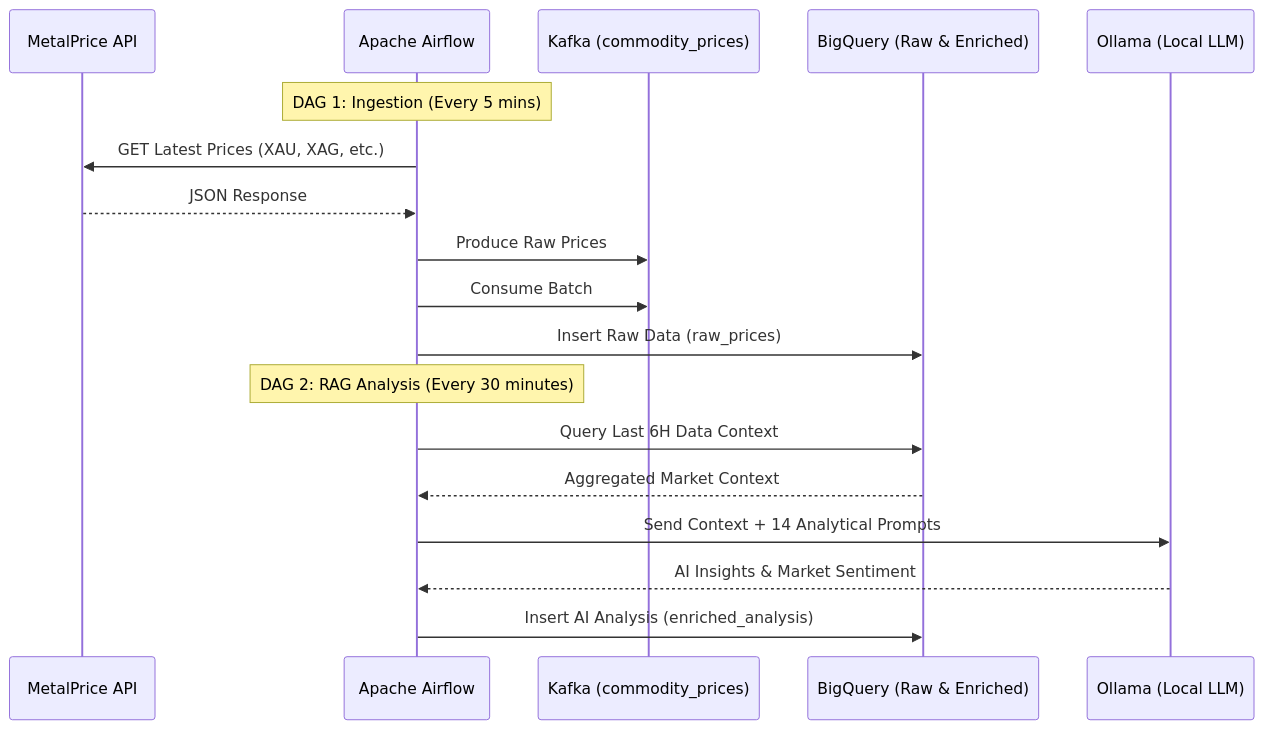
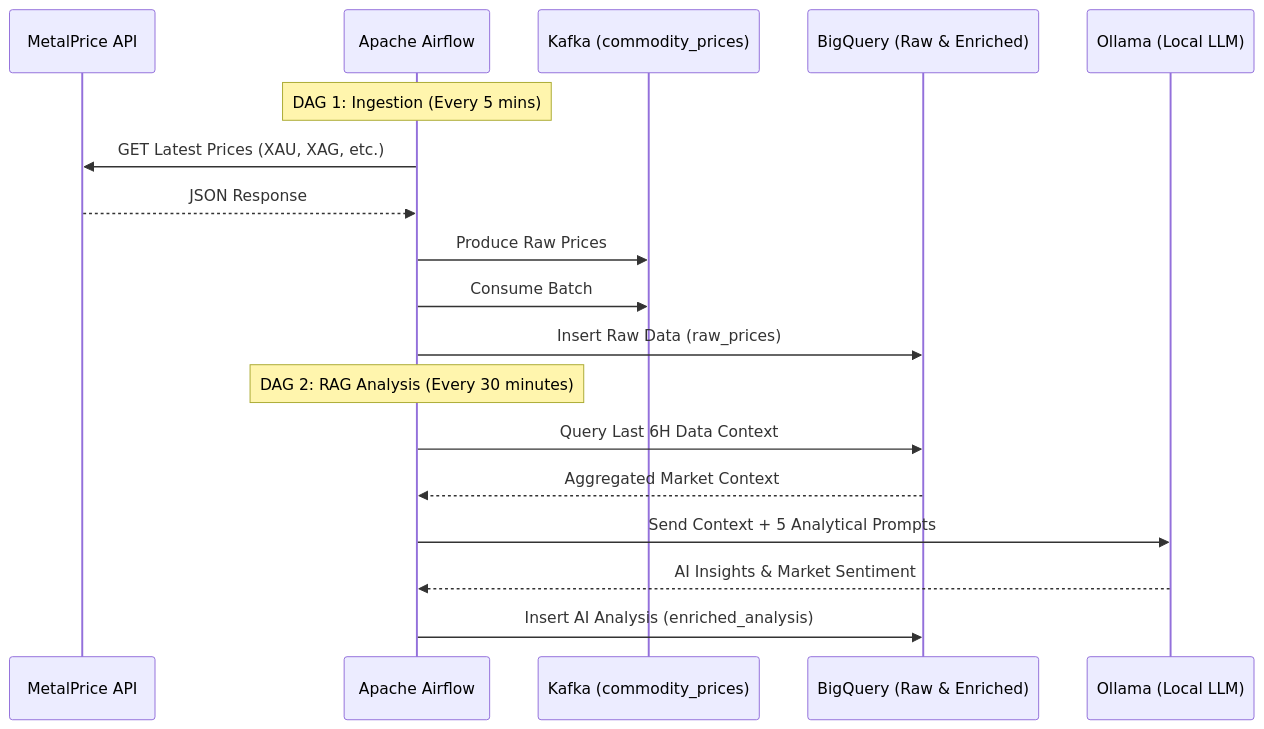
Before and after one commit to wiktorbielski/precious-metals-rag-airflow-pipeline: the diagram in README.md, drawn with Mermaid. The commit also changed other lines of this file, not shown here.

First line of the commit message:
Reduce analytical prompts in RAG analysis from 14 to 5

````diff
--- a/README.md
+++ b/README.md
@@ -5,22 +5,22 @@
 ```mermaid
 sequenceDiagram
     participant API as MetalPrice API
     participant Airflow as Apache Airflow
     participant Kafka as Kafka (commodity_prices)
     participant BQ as BigQuery (Raw & Enriched)
     participant Ollama as Ollama (Local LLM)
 
     Note over Airflow: DAG 1: Ingestion (Every 5 mins)
     Airflow->>API: GET Latest Prices (XAU, XAG, etc.)
     API-->>Airflow: JSON Response
     Airflow->>Kafka: Produce Raw Prices
     Airflow->>Kafka: Consume Batch
     Airflow->>BQ: Insert Raw Data (raw_prices)
 
     Note over Airflow: DAG 2: RAG Analysis (Every 30 minutes)
     Airflow->>BQ: Query Last 6H Data Context
     BQ-->>Airflow: Aggregated Market Context
-    Airflow->>Ollama: Send Context + 14 Analytical Prompts
+    Airflow->>Ollama: Send Context + 5 Analytical Prompts
     Ollama-->>Airflow: AI Insights & Market Sentiment
     Airflow->>BQ: Insert AI Analysis (enriched_analysis)
 ```
````
